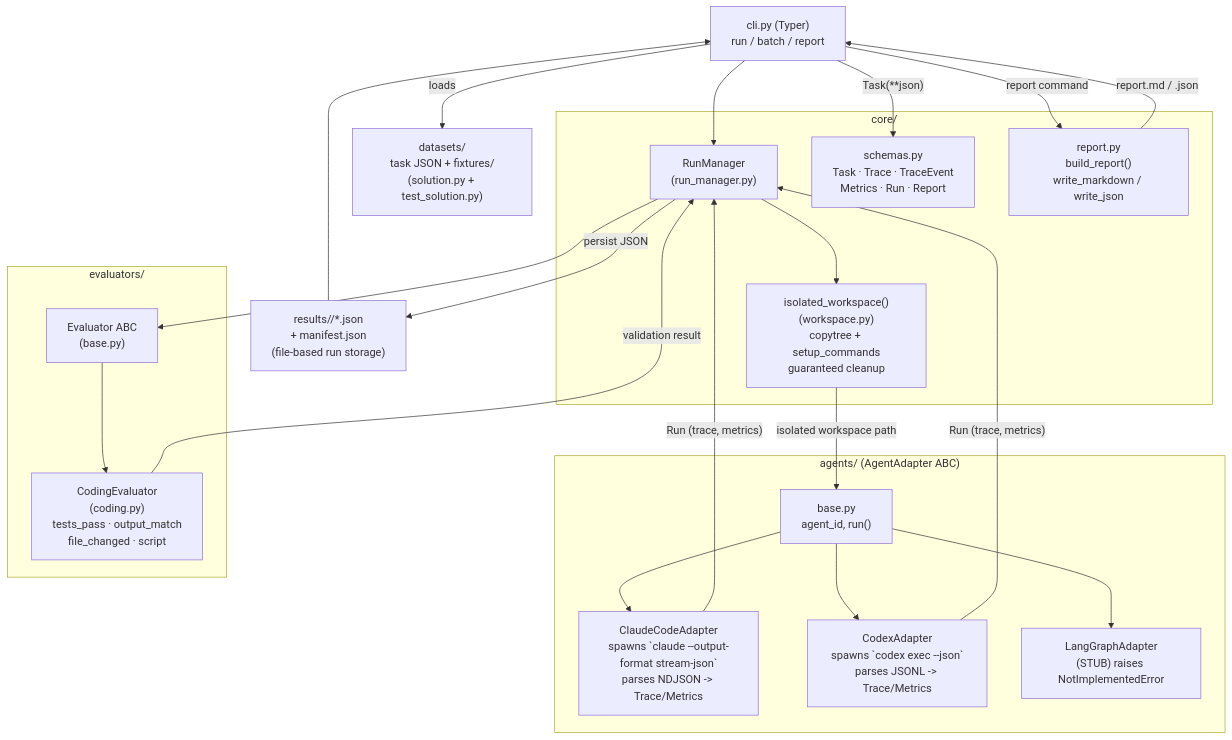
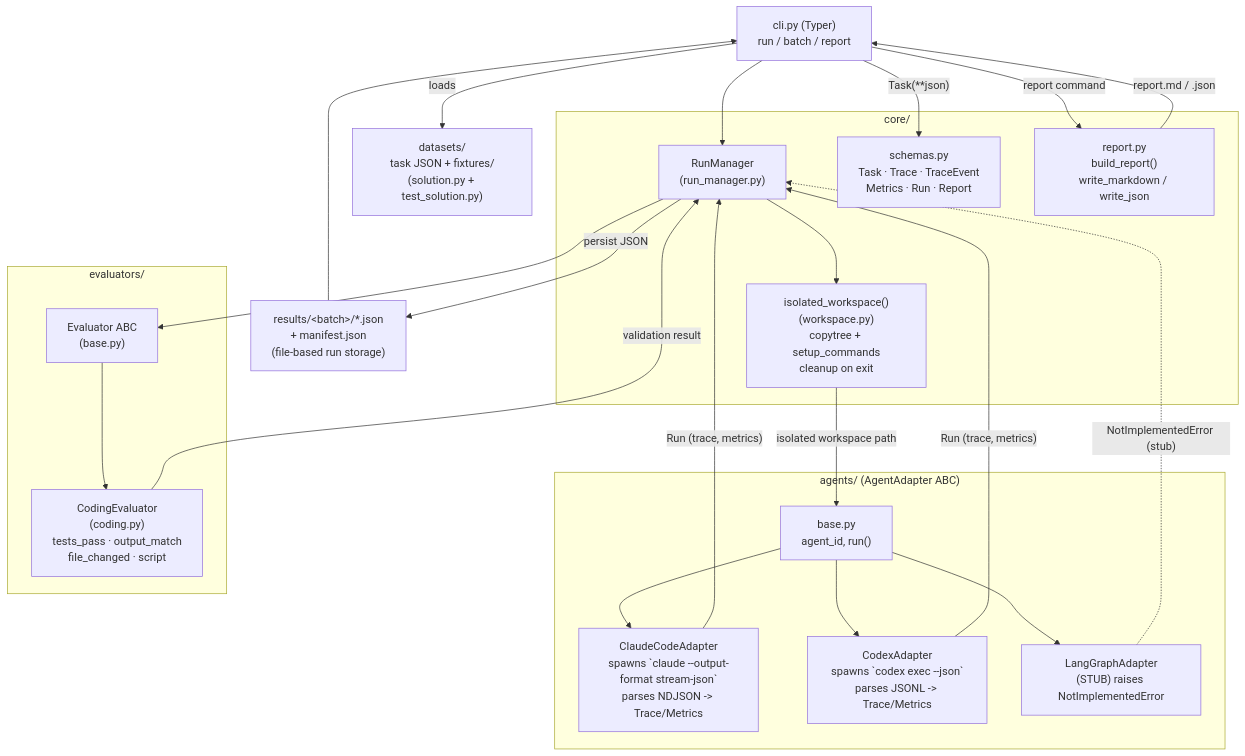
One commit to xiaokangs/agent-evaluation changed the diagram in README.md. Above: the diagram before and after it, drawn with Mermaid. The commit also changed other lines of this file and 10 other files, not shown here.

````diff
--- a/README.md
+++ b/README.md
@@ -124,44 +149,45 @@
 ```mermaid
 flowchart TD
-    CLI["cli.py (Typer)\nrun / batch / report"]
+    CLI["cli.py (Typer)<br/>run / batch / report"]
 
     subgraph Core["core/"]
-        RM["RunManager\n(run_manager.py)"]
-        WS["isolated_workspace()\n(workspace.py)\ncopytree + setup_commands\nguaranteed cleanup"]
-        SCHEMAS["schemas.py\nTask · Trace · TraceEvent\nMetrics · Run · Report"]
-        REPORT["report.py\nbuild_report()\nwrite_markdown / write_json"]
+        RM["RunManager<br/>(run_manager.py)"]
+        WS["isolated_workspace()<br/>(workspace.py)<br/>copytree + setup_commands<br/>cleanup on exit"]
+        SCHEMAS["schemas.py<br/>Task · Trace · TraceEvent<br/>Metrics · Run · Report"]
+        REPORT["report.py<br/>build_report()<br/>write_markdown / write_json"]
     end
 
     subgraph Agents["agents/ (AgentAdapter ABC)"]
-        BASE["base.py\nagent_id, run()"]
-        CC["ClaudeCodeAdapter\nspawns `claude --output-format stream-json`\nparses NDJSON -> Trace/Metrics"]
-        CX["CodexAdapter\nspawns `codex exec --json`\nparses JSONL -> Trace/Metrics"]
-        LG["LangGraphAdapter\n(STUB) raises NotImplementedError"]
+        BASE["base.py<br/>agent_id, run()"]
+        CC["ClaudeCodeAdapter<br/>spawns `claude --output-format stream-json`<br/>parses NDJSON -> Trace/Metrics"]
+        CX["CodexAdapter<br/>spawns `codex exec --json`<br/>parses JSONL -> Trace/Metrics"]
+        LG["LangGraphAdapter<br/>(STUB) raises NotImplementedError"]
     end
 
     subgraph Evaluators["evaluators/"]
-        EBASE["Evaluator ABC\n(base.py)"]
-        CE["CodingEvaluator\n(coding.py)\ntests_pass · output_match\nfile_changed · script"]
+        EBASE["Evaluator ABC<br/>(base.py)"]
+        CE["CodingEvaluator<br/>(coding.py)<br/>tests_pass · output_match<br/>file_changed · script"]
     end
 
-    DATASETS["datasets/\ntask JSON + fixtures/\n(solution.py + test_solution.py)"]
-    RESULTS["results/<batch>/*.json\n+ manifest.json\n(file-based run storage)"]
+    DATASETS["datasets/<br/>task JSON + fixtures/<br/>(solution.py + test_solution.py)"]
+    RESULTS["results/&lt;batch&gt;/*.json<br/>+ manifest.json<br/>(file-based run storage)"]
 
     CLI -->|loads| DATASETS
     CLI -->|"Task(**json)"| SCHEMAS
     CLI --> RM
     RM --> WS
     WS -->|"isolated workspace path"| BASE
     BASE --> CC
     BASE --> CX
     BASE --> LG
     CC -->|"Run (trace, metrics)"| RM
     CX -->|"Run (trace, metrics)"| RM
+    LG -.->|"NotImplementedError (stub)"| RM
     RM --> EBASE
     EBASE --> CE
     CE -->|"validation result"| RM
     RM -->|"persist JSON"| RESULTS
     RESULTS --> CLI
     CLI -->|report command| REPORT
     REPORT -->|"report.md / .json"| CLI
 ```
````
